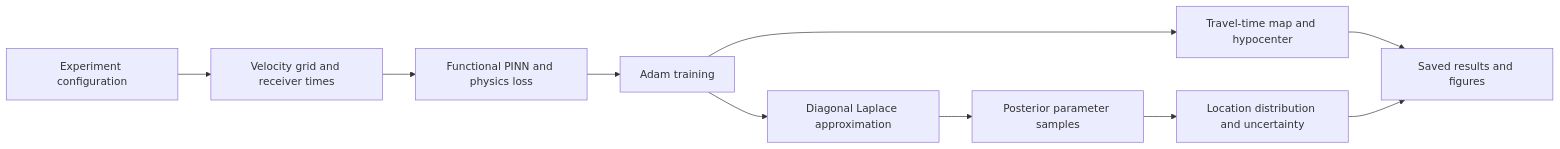
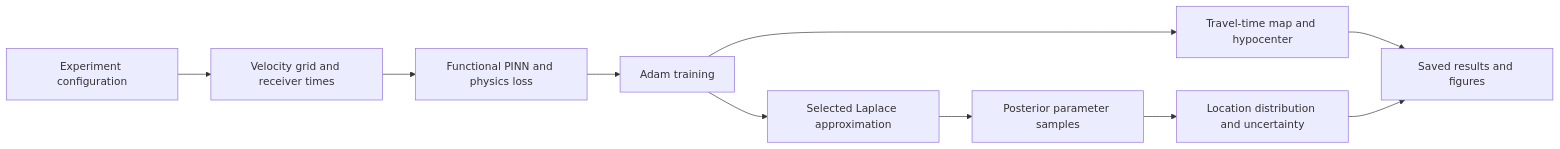
The diagram in docs/superpowers/specs/2026-10-15-functional-research-design.md (izzatum/laplace-hypopinn), drawn with Mermaid before and after one commit. The commit also changed other lines of this file and 2 other files, not shown here.

Commit message:
docs: plan corrected Laplace estimators and functional package

````diff
--- a/docs/superpowers/specs/2026-10-15-functional-research-design.md
+++ b/docs/superpowers/specs/2026-10-15-functional-research-design.md
@@ -69,12 +75,12 @@
 ```mermaid
 flowchart LR
     A[Experiment configuration] --> B[Velocity grid and receiver times]
     B --> C[Functional PINN and physics loss]
     C --> D[Adam training]
     D --> E[Travel-time map and hypocenter]
-    D --> F[Diagonal Laplace approximation]
+    D --> F[Selected Laplace approximation]
     F --> G[Posterior parameter samples]
     G --> H[Location distribution and uncertainty]
     E --> I[Saved results and figures]
     H --> I
 ```
````
